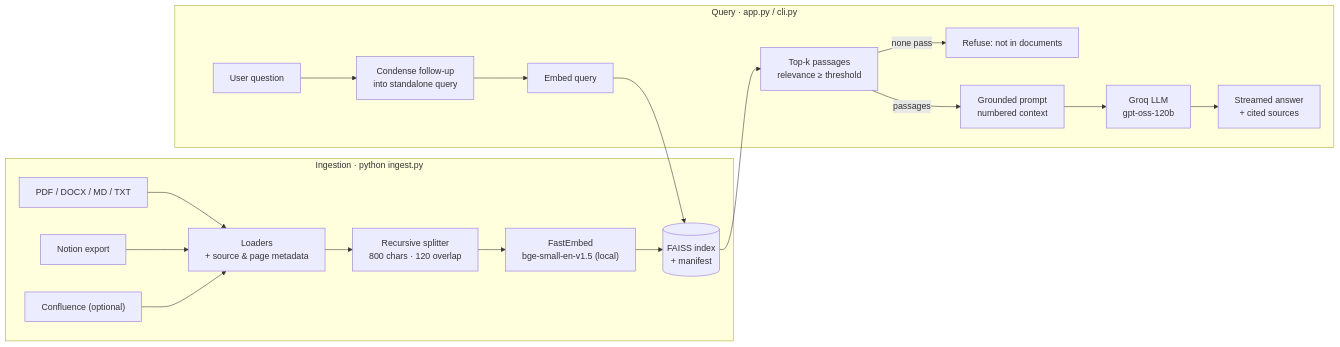
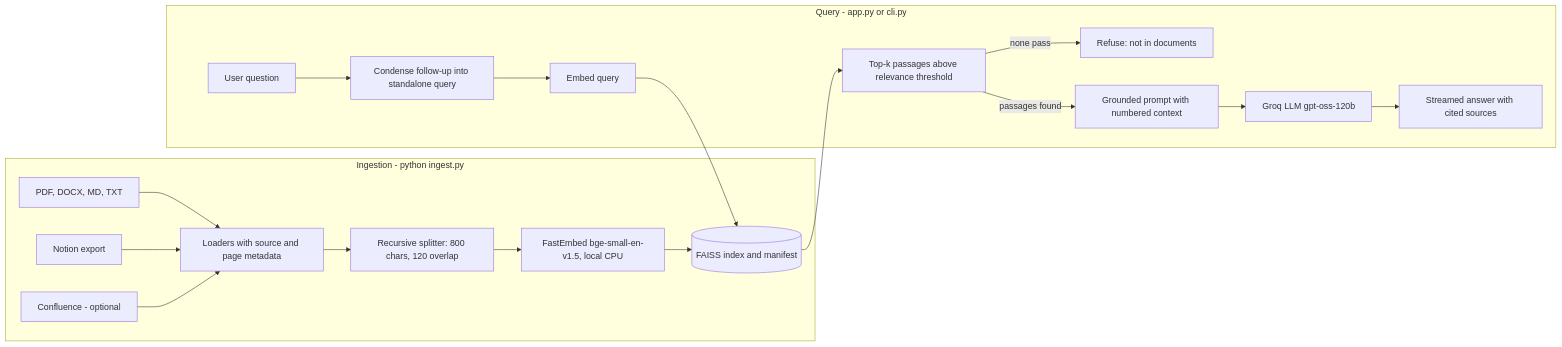
Before and after one commit to arpit-k16/RAG-Company-Docs-Chatbot: the diagram in README.md, drawn with Mermaid.

Commit message:
Fix architecture diagram rendering

````diff
--- a/README.md
+++ b/README.md
@@ -57,22 +57,22 @@
 ```mermaid
 flowchart LR
-    subgraph Ingestion["Ingestion · python ingest.py"]
-        A["PDF / DOCX / MD / TXT"] --> L["Loaders<br/>+ source & page metadata"]
+    subgraph ING["Ingestion - python ingest.py"]
+        A["PDF, DOCX, MD, TXT"] --> L["Loaders with source and page metadata"]
         N["Notion export"] --> L
-        C["Confluence (optional)"] --> L
-        L --> S["Recursive splitter<br/>800 chars · 120 overlap"]
-        S --> E1["FastEmbed<br/>bge-small-en-v1.5 (local)"]
-        E1 --> V[("FAISS index<br/>+ manifest")]
+        C["Confluence - optional"] --> L
+        L --> S["Recursive splitter: 800 chars, 120 overlap"]
+        S --> E1["FastEmbed bge-small-en-v1.5, local CPU"]
+        E1 --> V[("FAISS index and manifest")]
     end
 
-    subgraph Query["Query · app.py / cli.py"]
-        Q["User question"] --> R["Condense follow-up<br/>into standalone query"]
+    subgraph QRY["Query - app.py or cli.py"]
+        Q["User question"] --> R["Condense follow-up into standalone query"]
         R --> E2["Embed query"]
         E2 --> V
-        V --> K["Top-k passages<br/>relevance ≥ threshold"]
-        K -->|none pass| X["Refuse: not in documents"]
-        K -->|passages| P["Grounded prompt<br/>numbered context"]
-        P --> G["Groq LLM<br/>gpt-oss-120b"]
-        G --> O["Streamed answer<br/>+ cited sources"]
+        V --> K["Top-k passages above relevance threshold"]
+        K -- "none pass" --> X["Refuse: not in documents"]
+        K -- "passages found" --> P["Grounded prompt with numbered context"]
+        P --> G["Groq LLM gpt-oss-120b"]
+        G --> O["Streamed answer with cited sources"]
     end
 ```
````
